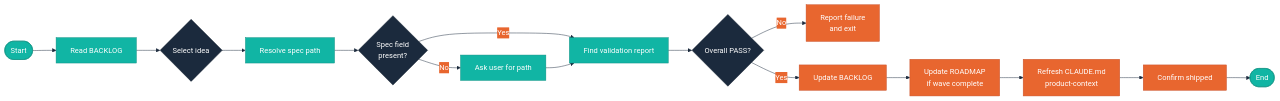
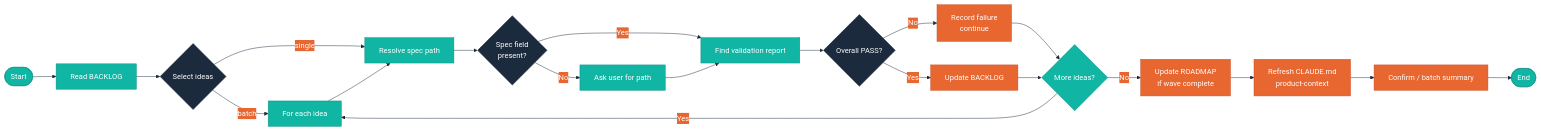
The diagram in skills/arc-ship/SKILL.md (ronjanusz-liatrio/arc), drawn with Mermaid before and after one commit. The commit also changed other lines of this file and 4 other files, not shown here.

````diff
--- a/skills/arc-ship/SKILL.md
+++ b/skills/arc-ship/SKILL.md
@@ -20,28 +20,33 @@
 ```mermaid
 %%{init: {'theme': 'base', 'themeVariables': {'primaryColor': '#11B5A4', 'primaryTextColor': '#FFFFFF', 'primaryBorderColor': '#0D8F82', 'secondaryColor': '#E8662F', 'secondaryTextColor': '#FFFFFF', 'secondaryBorderColor': '#C7502A', 'tertiaryColor': '#1B2A3D', 'tertiaryTextColor': '#FFFFFF', 'lineColor': '#1B2A3D', 'fontFamily': 'Inter, sans-serif'}}}%%
 flowchart LR
     S([Start]) --> A[Read BACKLOG]
-    A --> B{Select idea}
-    B --> C[Resolve spec path]
+    A --> B{Select ideas}
+    B -->|batch| B2[For each idea]
+    B -->|single| C[Resolve spec path]
+    B2 --> C
     C --> D{Spec field\npresent?}
     D -->|Yes| E[Find validation report]
     D -->|No| F[Ask user for path]
     F --> E
     E --> G{Overall PASS?}
-    G -->|No| H[Report failure\nand exit]
+    G -->|No| H[Record failure\ncontinue]
     G -->|Yes| I[Update BACKLOG]
-    I --> J[Update ROADMAP\nif wave complete]
+    H --> NX{More ideas?}
+    I --> NX
+    NX -->|Yes| B2
+    NX -->|No| J[Update ROADMAP\nif wave complete]
     J --> K[Refresh CLAUDE.md\nproduct-context]
-    K --> L[Confirm shipped]
+    K --> L[Confirm / batch summary]
     L --> X([End])
 
     classDef user fill:#1B2A3D,stroke:#0F1D2B,color:#FFFFFF
     classDef action fill:#11B5A4,stroke:#0D8F82,color:#FFFFFF
     classDef write fill:#E8662F,stroke:#C7502A,color:#FFFFFF
     classDef fail fill:#E8662F,stroke:#C7502A,color:#FFFFFF
 
     class B,D,G user
-    class A,C,E,F action
+    class A,C,E,F,B2,NX action
     class I,J,K,L write
     class H fail
 ```
````
